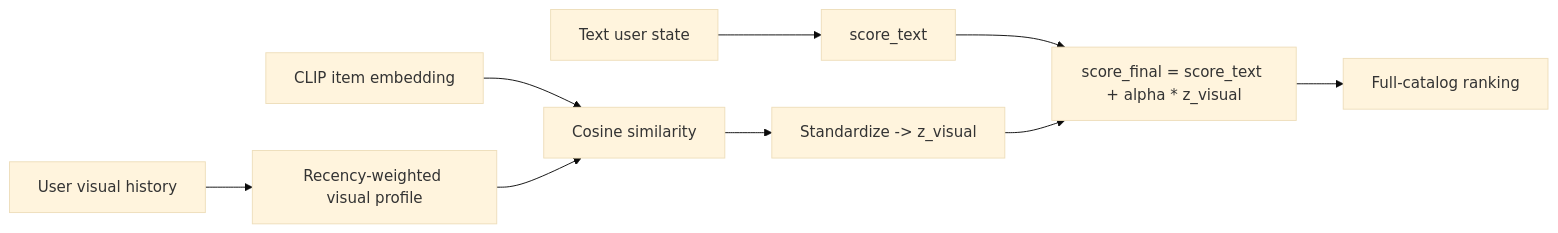
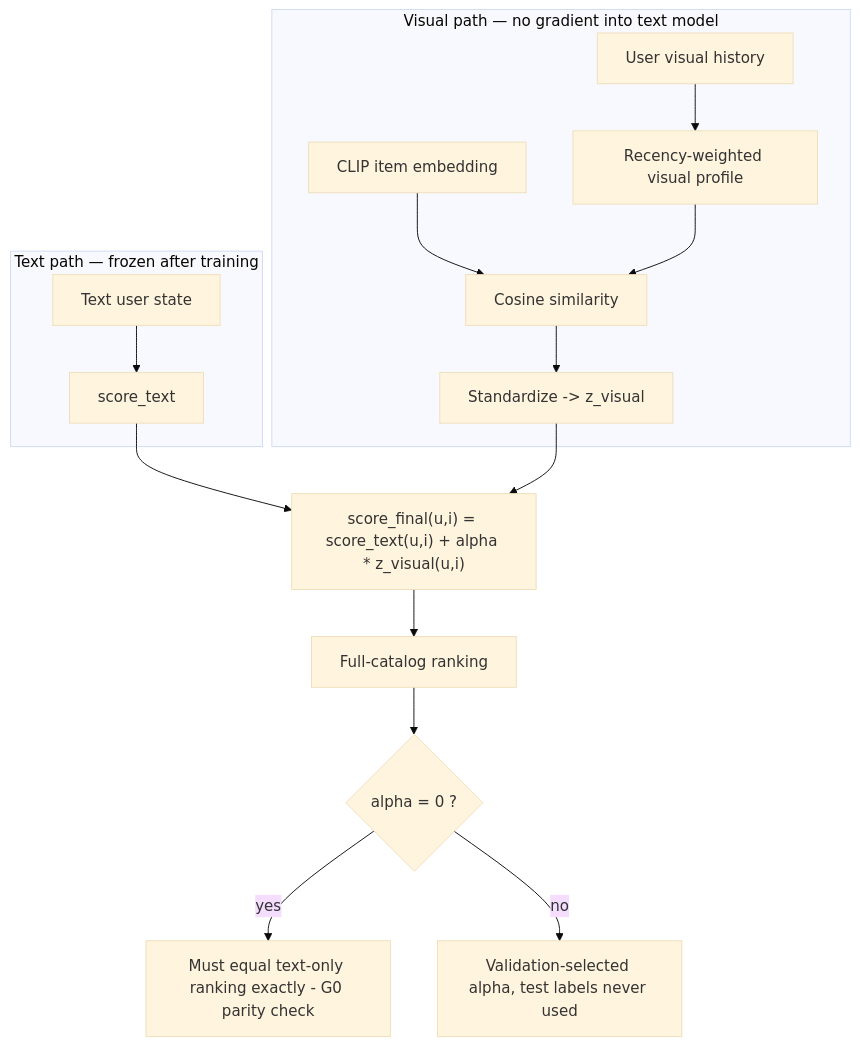
The fourth of 6 diagrams in README.md (emanhthangngot/LLM2Rec-Enhanced), drawn with Mermaid (base theme) before and after one commit. The commit also changed other lines of this file, not shown here.

Commit message:
docs: version-tracked lineage with diverse SOTA landscape and clearer branch diagrams

````diff
--- a/README.md
+++ b/README.md
@@ -60,11 +96,18 @@
 ```mermaid
-flowchart LR
-    A[Text user state] --> B[score_text]
-    C[User visual history] --> D[Recency-weighted visual profile]
-    E[CLIP item embedding] --> F[Cosine similarity]
-    D --> F
-    F --> G[Standardize -> z_visual]
-    B --> H["score_final = score_text + alpha * z_visual"]
+flowchart TB
+    subgraph TextPath["Text path — frozen after training"]
+        A[Text user state] --> B[score_text]
+    end
+    subgraph VisualPath["Visual path — no gradient into text model"]
+        C[User visual history] --> D[Recency-weighted visual profile]
+        E[CLIP item embedding] --> F[Cosine similarity]
+        D --> F
+        F --> G["Standardize -> z_visual"]
+    end
+    B --> H["score_final(u,i) = score_text(u,i) + alpha * z_visual(u,i)"]
     G --> H
     H --> I[Full-catalog ranking]
+    I --> J{"alpha = 0 ?"}
+    J -->|yes| K[Must equal text-only ranking exactly - G0 parity check]
+    J -->|no| L[Validation-selected alpha, test labels never used]
 ```
````
